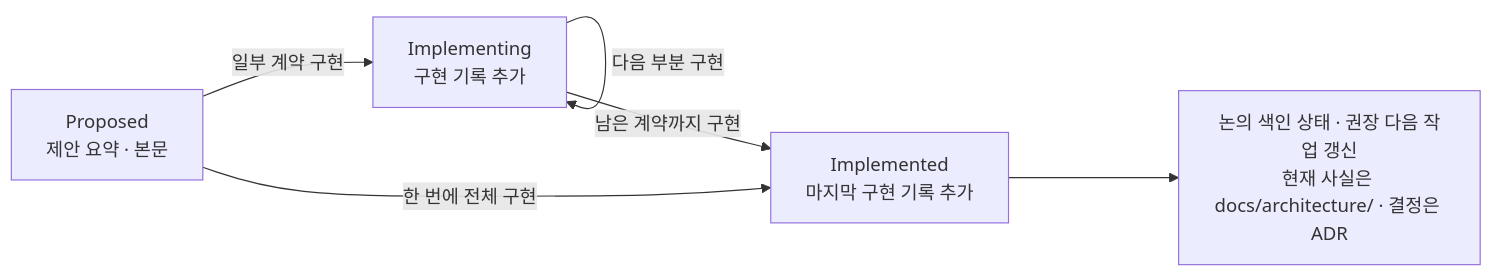
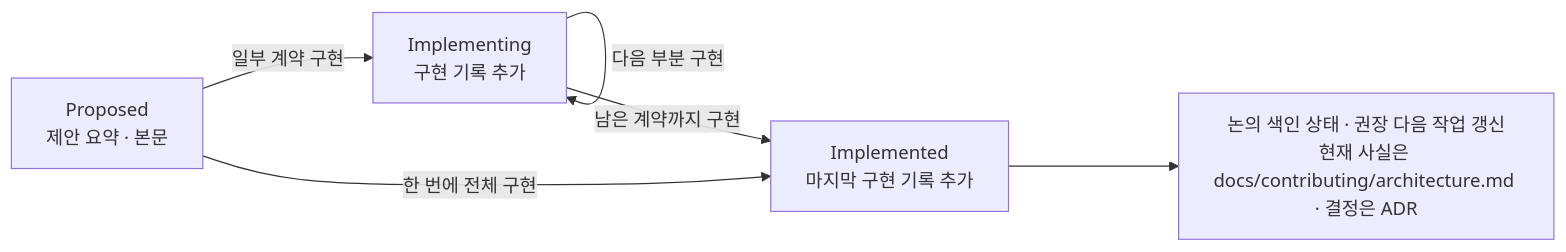
Before and after one commit to IsthisLee/agent-context-manager: the second of 2 diagrams in docs/discussion/architecture/topics/implementation-contracts.md, drawn with Mermaid. The commit also changed other lines of this file and 51 other files, not shown here.

````diff
--- a/docs/discussion/architecture/topics/implementation-contracts.md
+++ b/docs/discussion/architecture/topics/implementation-contracts.md
@@ -55,8 +55,8 @@
 ```mermaid
 flowchart LR
   P["Proposed<br/>제안 요약 · 본문"] -->|"일부 계약 구현"| I["Implementing<br/>구현 기록 추가"]
   I -->|"다음 부분 구현"| I
   I -->|"남은 계약까지 구현"| D["Implemented<br/>마지막 구현 기록 추가"]
   P -->|"한 번에 전체 구현"| D
-  D --> SYNC["논의 색인 상태 · 권장 다음 작업 갱신<br/>현재 사실은 docs/architecture/ · 결정은 ADR"]
+  D --> SYNC["논의 색인 상태 · 권장 다음 작업 갱신<br/>현재 사실은 docs/contributing/architecture.md · 결정은 ADR"]
 ```
````
